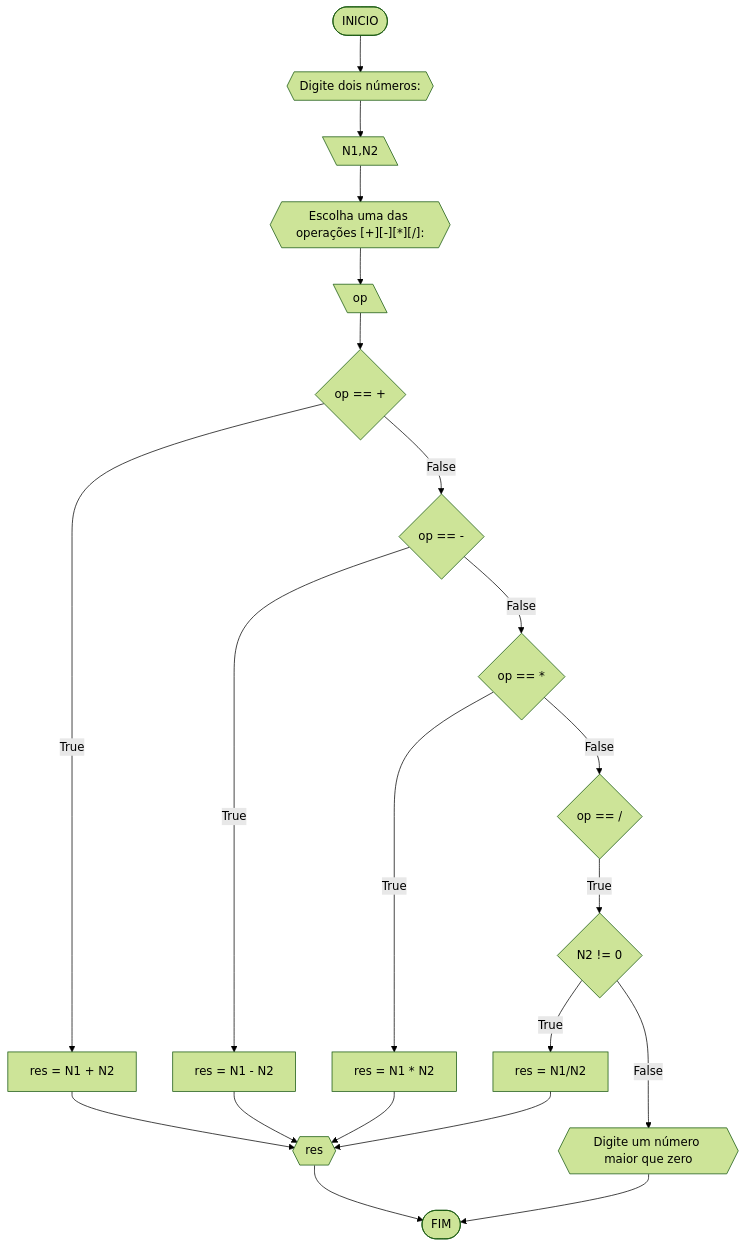
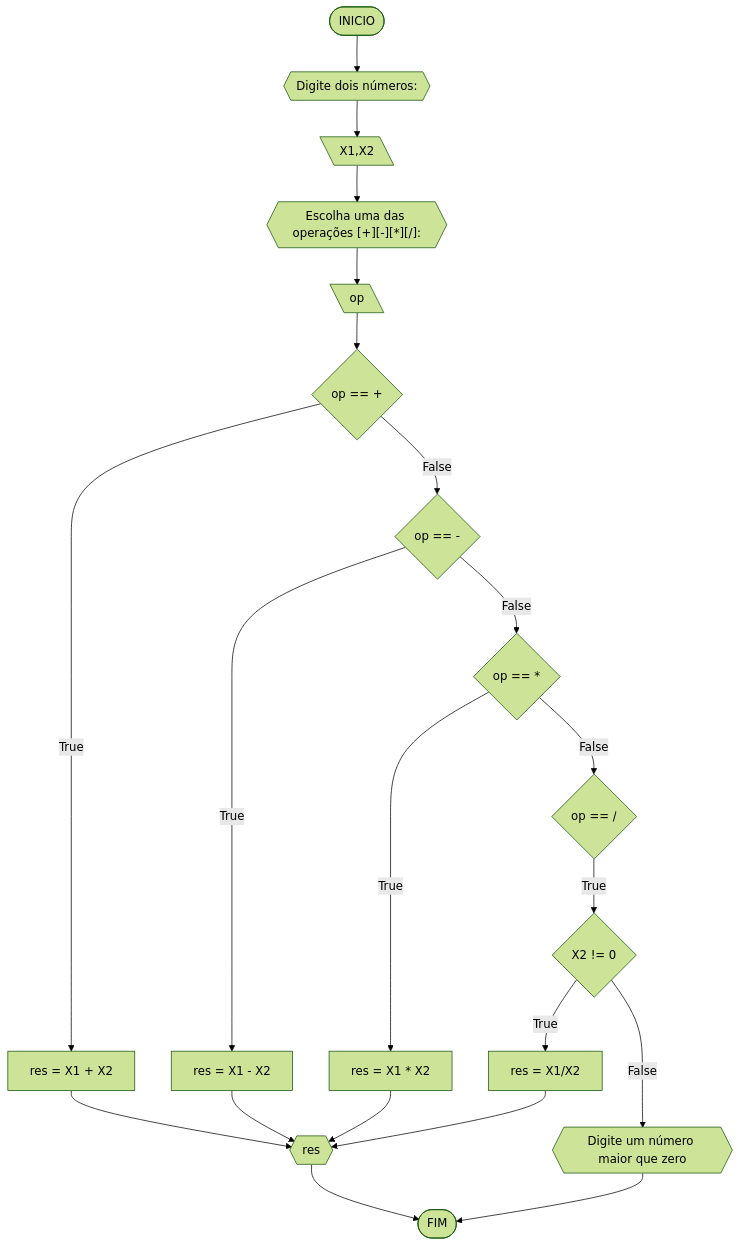
One commit to yeesusu/UNIFOR changed the fourth of 5 diagrams in RLA/Unid1/RLA3/lista2.md. Above: the diagram before and after it, drawn with Mermaid (forest theme).

````diff
--- a/RLA/Unid1/RLA3/lista2.md
+++ b/RLA/Unid1/RLA3/lista2.md
@@ -128,23 +128,23 @@
 ```mermaid
 flowchart TD
 A([INICIO]) --> B{{"Digite dois números: "}}
-B --> C[\N1,N2\]
+B --> C[\X1,X2\]
 C --> D{{"Escolha uma das operações [+][-][*][/]: "}}
 D --> E[\op\]
 E --> F{"op == +"}
-	F --True--> G[res = N1 + N2]
-	G --> H{{"res"}}
-	F --False--> I{"op == -"}
-		I --True--> J[res = N1 - N2]
-		J --> H
-		I --False--> K{"op == *"}
-			K --True--> L[res = N1 * N2]
-			L --> H
-			K --False--> M{"op == /"}
-				M --True--> N{"N2 != 0"}
-				N --True--> O[res = N1/N2]
-				O --> H
-				N --False--> P{{"Digite um número maior que zero"}}
+F --True--> G[res = X1 + X2]
+G --> H{{"res"}}
+F --False--> I{"op == -"}
+I --True--> J[res = X1 - X2]
+J --> H
+I --False--> K{"op == *"}
+K --True--> L[res = X1 * X2]
+L --> H
+K --False--> M{"op == /"}
+M --True--> N{"X2 != 0"}
+N --True--> O[res = X1/X2]
+O --> H
+N --False--> P{{"Digite um número maior que zero"}}
 P --> Z([FIM])
 H --> Z
 ```
````
